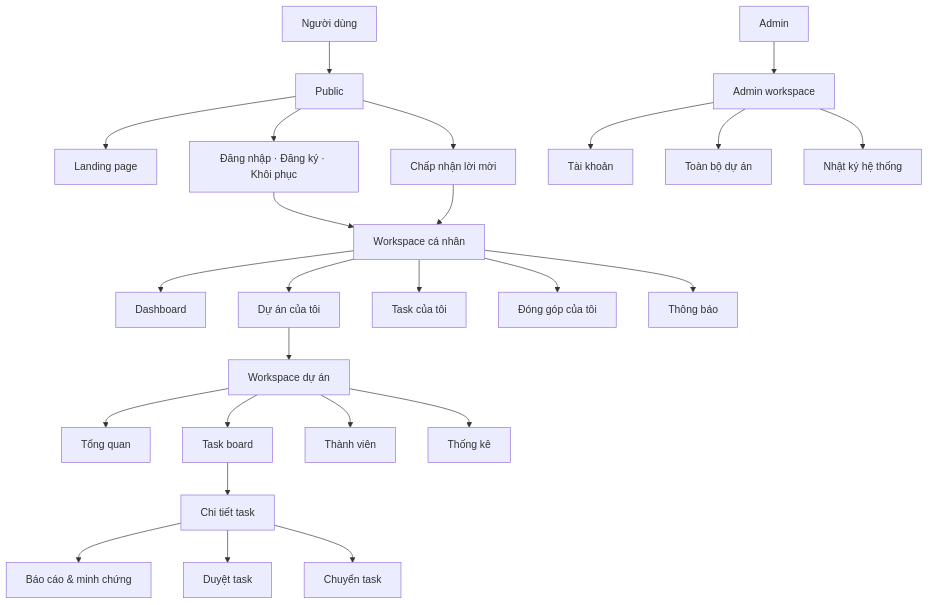
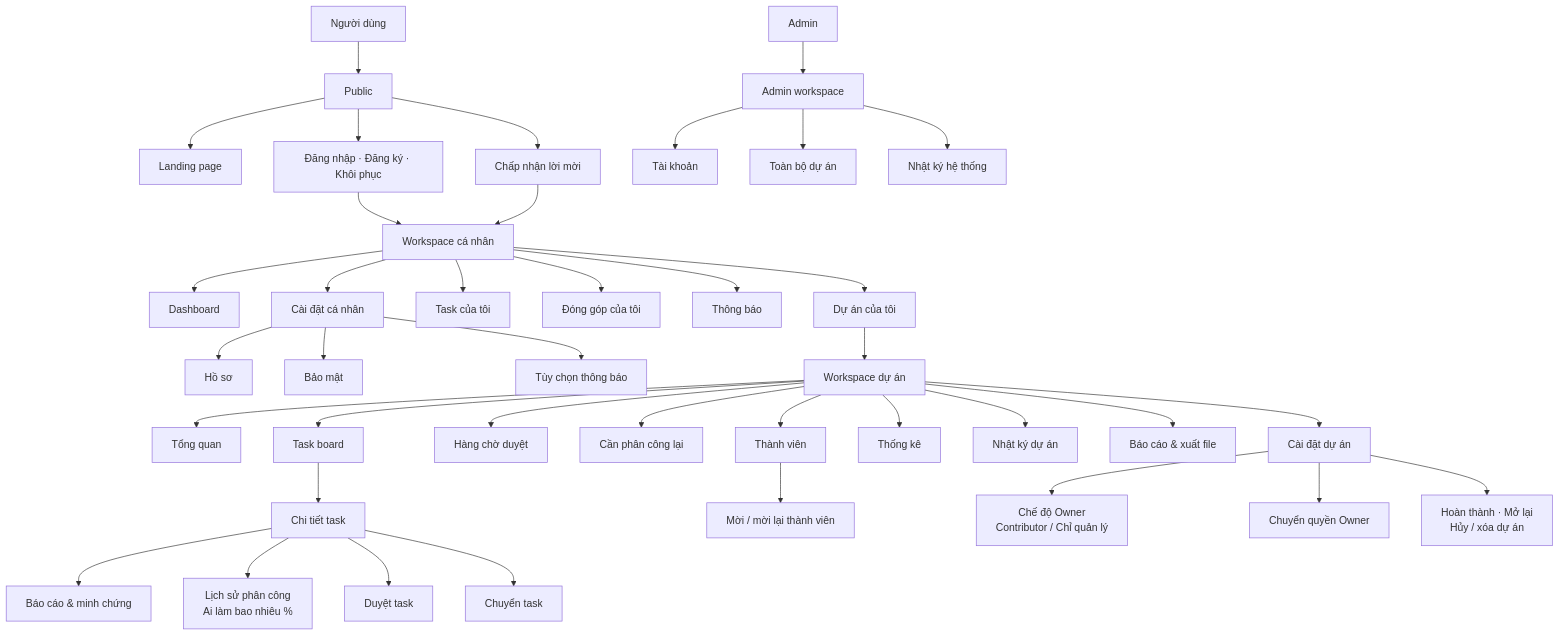
The first of 4 diagrams in FRONTEND-OVERVIEW.md (ntienthanh195/project-contribution-tracking), drawn with Mermaid before and after one commit. The commit also changed other lines of this file, not shown here.

````diff
--- a/FRONTEND-OVERVIEW.md
+++ b/FRONTEND-OVERVIEW.md
@@ -7,32 +7,48 @@
 ```mermaid
 flowchart TB
     START["Người dùng"] --> PUBLIC["Public"]
     PUBLIC --> LANDING["Landing page"]
     PUBLIC --> AUTH["Đăng nhập · Đăng ký · Khôi phục"]
     PUBLIC --> INVITE["Chấp nhận lời mời"]
 
     AUTH --> WORKSPACE["Workspace cá nhân"]
     INVITE --> WORKSPACE
 
     WORKSPACE --> DASH["Dashboard"]
     WORKSPACE --> PROJECTS["Dự án của tôi"]
     WORKSPACE --> MYTASKS["Task của tôi"]
     WORKSPACE --> CONTRIB["Đóng góp của tôi"]
     WORKSPACE --> NOTI["Thông báo"]
+    WORKSPACE --> PERSONALSETTINGS["Cài đặt cá nhân"]
+    PERSONALSETTINGS --> PROFILE["Hồ sơ"]
+    PERSONALSETTINGS --> SECURITY["Bảo mật"]
+    PERSONALSETTINGS --> NOTIPREF["Tùy chọn thông báo"]
 
     PROJECTS --> PROJECT["Workspace dự án"]
     PROJECT --> OVERVIEW["Tổng quan"]
     PROJECT --> TASKS["Task board"]
+    PROJECT --> REVIEWQUEUE["Hàng chờ duyệt"]
+    PROJECT --> REASSIGN["Cần phân công lại"]
     PROJECT --> MEMBERS["Thành viên"]
     PROJECT --> STATS["Thống kê"]
+    PROJECT --> ACTIVITY["Nhật ký dự án"]
+    PROJECT --> EXPORT["Báo cáo & xuất file"]
+    PROJECT --> PROJECTSETTINGS["Cài đặt dự án"]
 
     TASKS --> DETAIL["Chi tiết task"]
     DETAIL --> PROGRESS["Báo cáo & minh chứng"]
+    DETAIL --> ASSIGNMENTS["Lịch sử phân công<br/>Ai làm bao nhiêu %"]
     DETAIL --> REVIEW["Duyệt task"]
     DETAIL --> TRANSFER["Chuyển task"]
+
+    MEMBERS --> MEMBERINVITE["Mời / mời lại thành viên"]
+
+    PROJECTSETTINGS --> OWNERMODE["Chế độ Owner<br/>Contributor / Chỉ quản lý"]
+    PROJECTSETTINGS --> OWNERSHIP["Chuyển quyền Owner"]
+    PROJECTSETTINGS --> LIFECYCLE["Hoàn thành · Mở lại<br/>Hủy / xóa dự án"]
 
     ADMIN["Admin"] --> ADMINUI["Admin workspace"]
     ADMINUI --> USERS["Tài khoản"]
     ADMINUI --> ALLPROJECTS["Toàn bộ dự án"]
     ADMINUI --> LOGS["Nhật ký hệ thống"]
 ```
````
